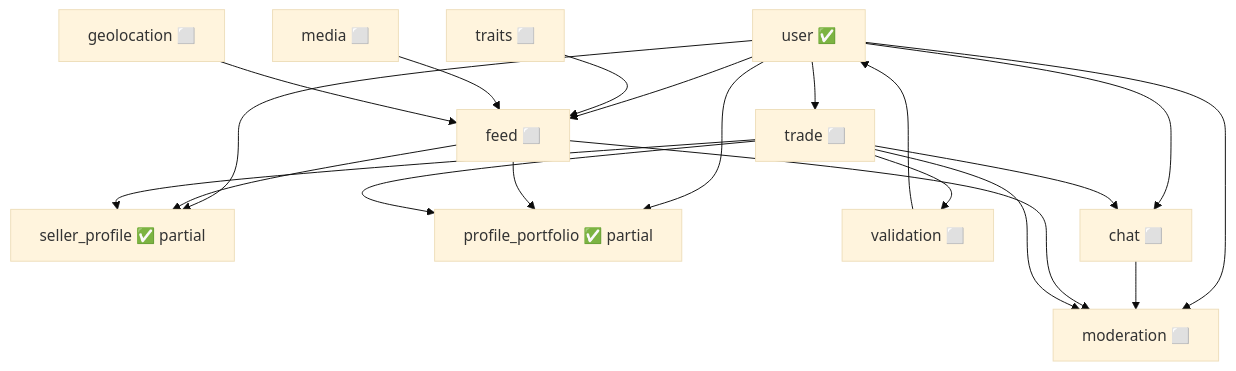
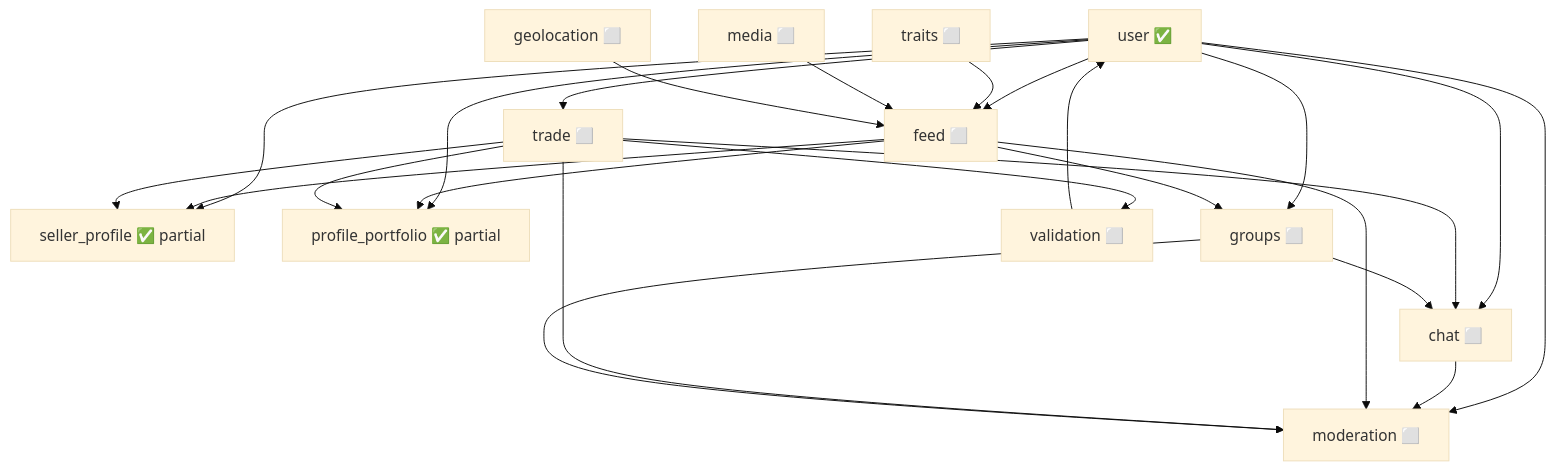
The diagram in docs/implementation_plan.md (bieniucieniu/zula), drawn with Mermaid (base theme) before and after one commit. The commit also changed other lines of this file and 11 other files, not shown here.

````diff
--- a/docs/implementation_plan.md
+++ b/docs/implementation_plan.md
@@ -31,40 +34,45 @@
 ```mermaid
 flowchart TB
     user[user ✅]
     seller[seller_profile ✅ partial]
     portfolio[profile_portfolio ✅ partial]
 
     traits[traits ⬜]
     media[media ⬜]
     geo[geolocation ⬜]
     feed[feed ⬜]
+    groups[groups ⬜]
 
     trade[trade ⬜]
     validation[validation ⬜]
     chat[chat ⬜]
     mod[moderation ⬜]
 
     user --> seller
     user --> portfolio
     user --> feed
     user --> trade
     user --> chat
     user --> mod
+    user --> groups
 
     traits --> feed
     media --> feed
     geo --> feed
 
     feed --> seller
     feed --> portfolio
+    feed --> groups
 
     trade --> validation
     trade --> portfolio
     trade --> chat
     trade --> seller
 
+    groups --> chat
     validation --> user
     chat --> mod
     feed --> mod
     trade --> mod
+    groups --> mod
 ```
````
